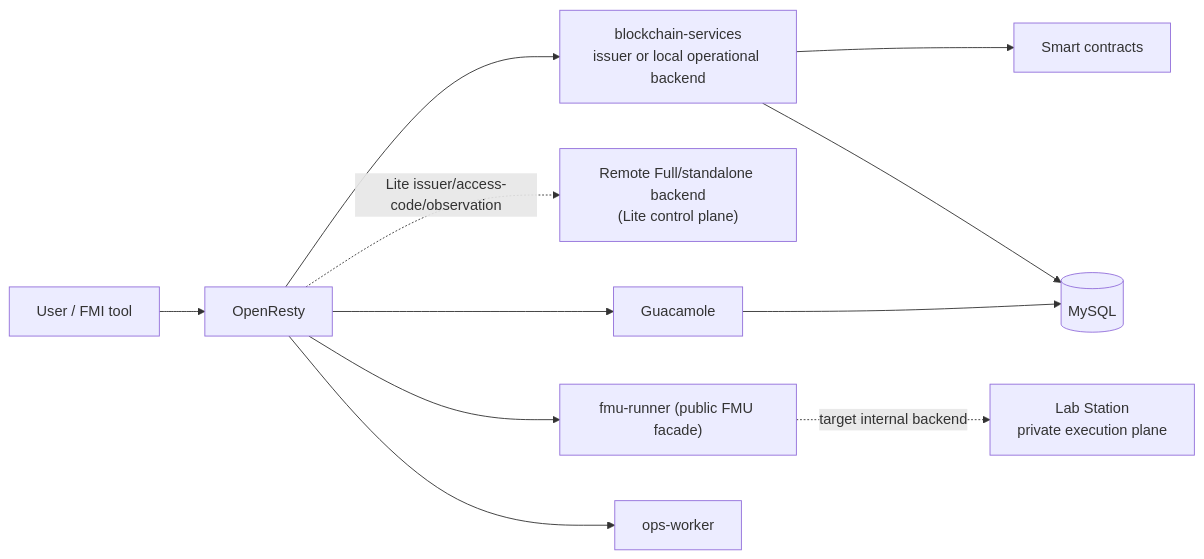
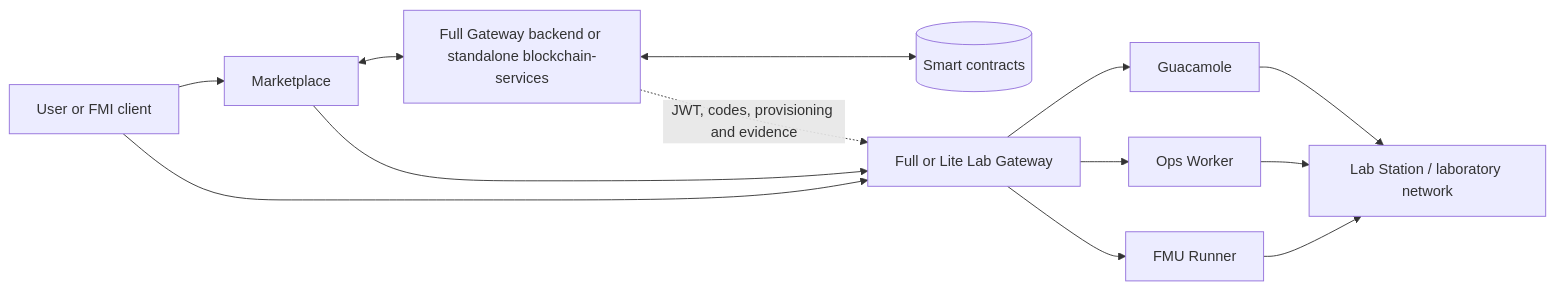
One commit to DecentraLabsCom/Lab-Gateway changed the diagram in README.md. Above: the diagram before and after it, drawn with Mermaid. The commit also changed other lines of this file and 17 other files, not shown here.

````diff
--- a/README.md
+++ b/README.md
@@ -44,24 +28,22 @@
 ```mermaid
 flowchart LR
-    User["User / FMI tool"]
-    OpenResty["OpenResty"]
-    Blockchain["blockchain-services<br/>issuer or local operational backend"]
-    RemoteBackend["Remote Full/standalone backend<br/>(Lite control plane)"]
-    Guacamole["Guacamole"]
-    FmuFacade["fmu-runner (public FMU facade)"]
-    Ops["ops-worker"]
-    Mysql[("MySQL")]
-    Contracts["Smart contracts"]
-    Station["Lab Station<br/>private execution plane"]
+    User[User or FMI client]
+    Marketplace[Marketplace]
+    Chain[(Smart contracts)]
+    Control[Full Gateway backend or standalone blockchain-services]
+    Edge[Full or Lite Lab Gateway]
+    Guac[Guacamole]
+    Ops[Ops Worker]
+    Fmu[FMU Runner]
+    Station[Lab Station / laboratory network]
 
-    User --> OpenResty
-    OpenResty --> Blockchain
-    OpenResty -. Lite issuer/access-code/observation .-> RemoteBackend
-    OpenResty --> Guacamole
-    OpenResty --> FmuFacade
-    OpenResty --> Ops
-    Blockchain --> Contracts
-    Blockchain --> Mysql
-    Guacamole --> Mysql
-    FmuFacade -. target internal backend .-> Station
+    User --> Marketplace
+    Marketplace <--> Control
+    Control <--> Chain
+    Marketplace --> Edge
+    User --> Edge
+    Edge --> Guac --> Station
+    Edge --> Ops --> Station
+    Edge --> Fmu --> Station
+    Control -. JWT, codes, provisioning and evidence .-> Edge
 ```
````
